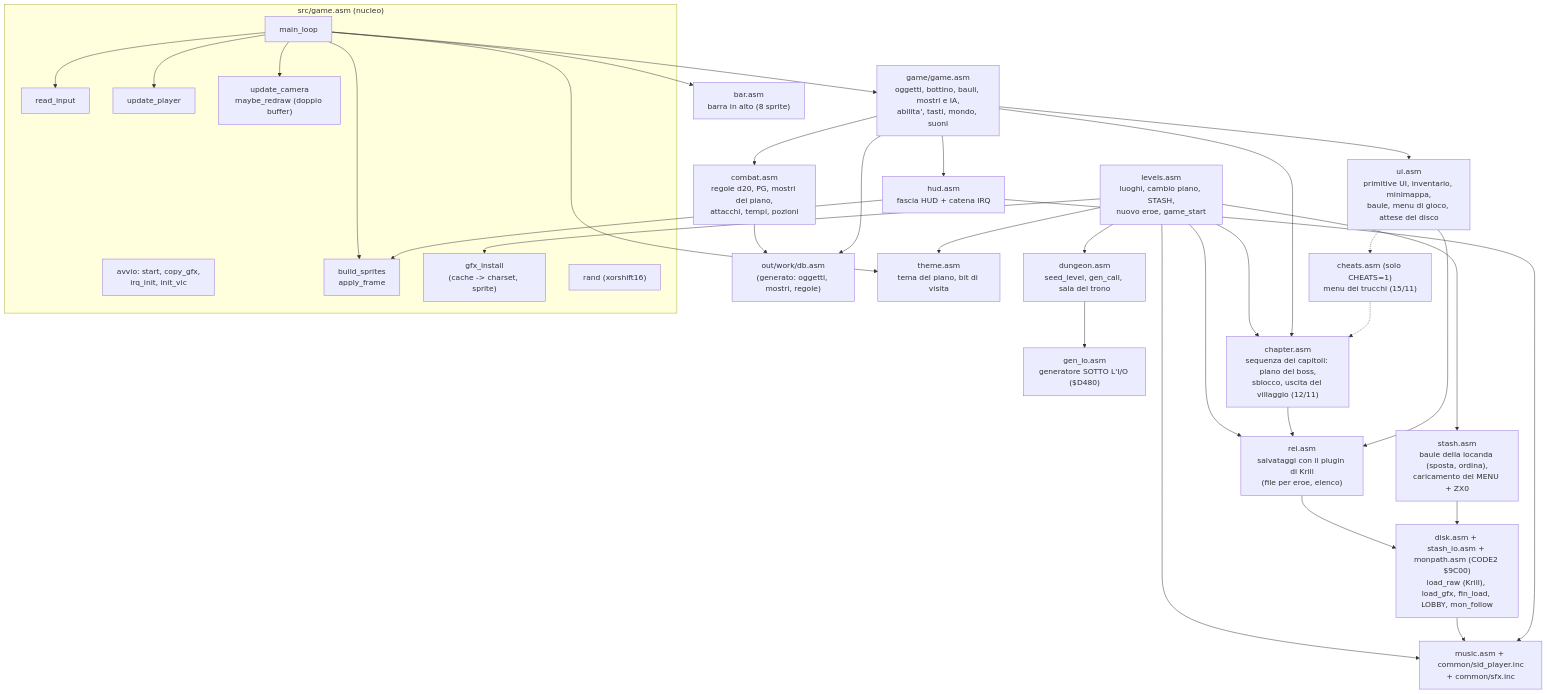
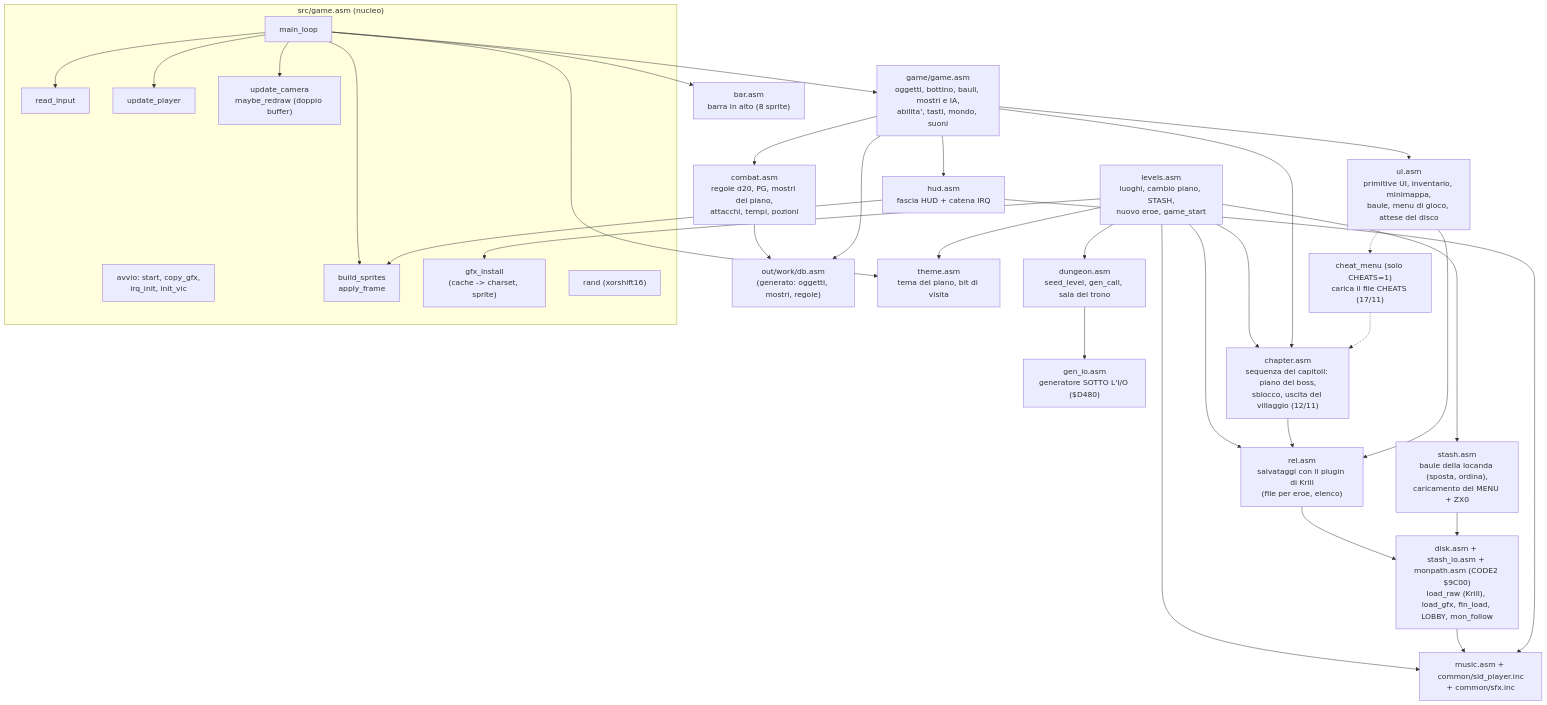
Before and after one commit to caporalesimone/barbarian-the-blood-path: the second of 4 diagrams in docs/wiki/architettura.md, drawn with Mermaid. The commit also changed other lines of this file and 11 other files, not shown here.

First line of the commit message:
Menu dei trucchi come modulo su file (CHEATS), fuori dalla memoria del gioco

````diff
--- a/docs/wiki/architettura.md
+++ b/docs/wiki/architettura.md
@@ -75,55 +75,55 @@
 ```mermaid
 flowchart TB
     subgraph CORE["src/game.asm (nucleo)"]
         INIT["avvio: start, copy_gfx,<br/>irq_init, init_vic"]
         LOOP["main_loop"]
         INPUT["read_input"]
         PLAYER["update_player"]
         CAM["update_camera<br/>maybe_redraw (doppio buffer)"]
         SPR["build_sprites<br/>apply_frame"]
         GFXI["gfx_install<br/>(cache -> charset, sprite)"]
         PRNG["rand (xorshift16)"]
     end
     DB["out/work/db.asm<br/>(generato: oggetti, mostri, regole)"]
     DUN["dungeon.asm<br/>seed_level, gen_call, sala del trono"]
     GENIO["gen_io.asm<br/>generatore SOTTO L'I/O ($D480)"]
     GG["game/game.asm<br/>oggetti, bottino, bauli, mostri e IA,<br/>abilita', tasti, mondo, suoni"]
     CB["combat.asm<br/>regole d20, PG, mostri del piano,<br/>attacchi, tempi, pozioni"]
     LV["levels.asm<br/>luoghi, cambio piano, STASH,<br/>nuovo eroe, game_start"]
     UI["ui.asm<br/>primitive UI, inventario, minimappa,<br/>baule, menu di gioco, attese del disco"]
     ST["stash.asm<br/>baule della locanda (sposta, ordina),<br/>caricamento del MENU + ZX0"]
     HUD["hud.asm<br/>fascia HUD + catena IRQ"]
     BARM["bar.asm<br/>barra in alto (8 sprite)"]
     MUS["music.asm + common/sid_player.inc<br/>+ common/sfx.inc"]
     PF["theme.asm<br/>tema del piano, bit di visita"]
     REL["rel.asm<br/>salvataggi con il plugin di Krill<br/>(file per eroe, elenco)"]
     CHAP["chapter.asm<br/>sequenza dei capitoli: piano del boss,<br/>sblocco, uscita del villaggio (12/11)"]
-    CHT["cheats.asm (solo CHEATS=1)<br/>menu dei trucchi (15/11)"]
+    CHT["cheat_menu (solo CHEATS=1)<br/>carica il file CHEATS (17/11)"]
     DISK["disk.asm + stash_io.asm + monpath.asm (CODE2 $9C00)<br/>load_raw (Krill), load_gfx, fin_load, LOBBY, mon_follow"]
     LOOP --> INPUT & PLAYER & CAM & SPR
     LOOP --> GG
     LOOP --> PF
     LOOP --> BARM
     GG --> HUD
     GG --> CB
     GG --> UI
     LV --> DUN --> GENIO
     LV --> GFXI
     LV --> MUS
     LV --> REL
     LV --> CHAP
     CHAP --> REL
     GG --> CHAP
     UI -.-> CHT
     CHT -.-> CHAP
     LV --> PF
     LV --> ST
     UI --> REL
     DISK --> MUS
     REL --> DISK
     ST --> DISK
     HUD --> MUS
     HUD --> SPR
     CB --> DB
     GG --> DB
 ```
````
